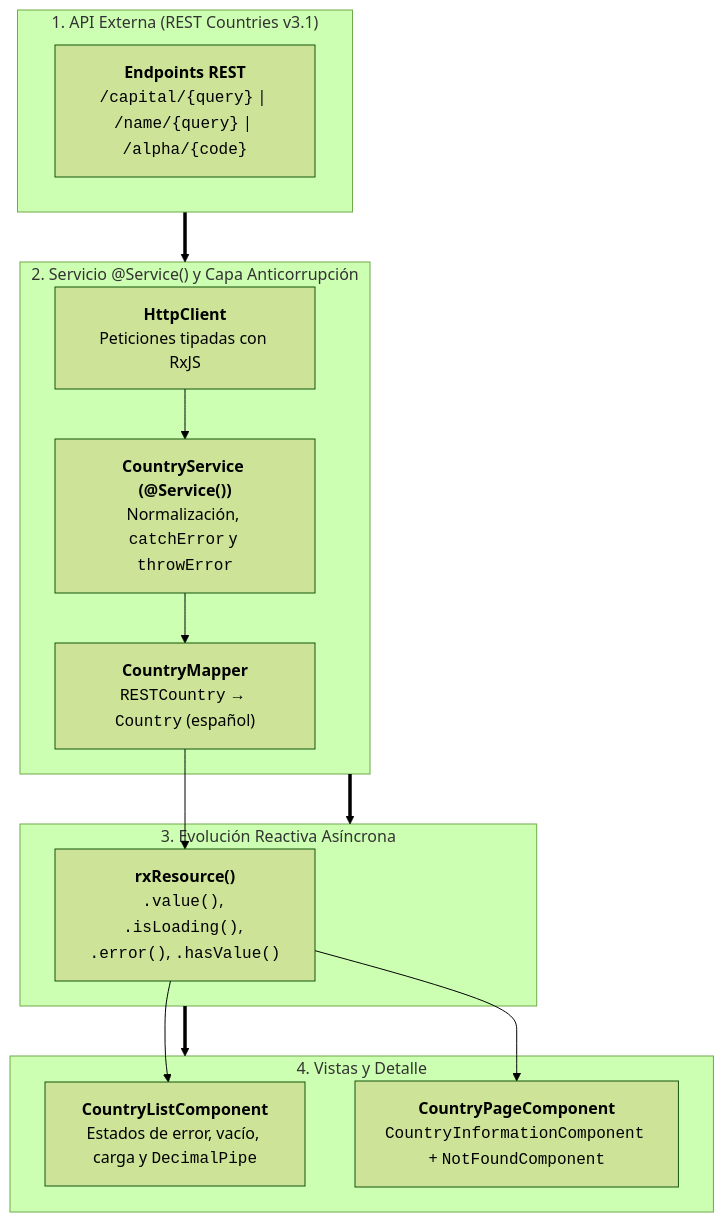
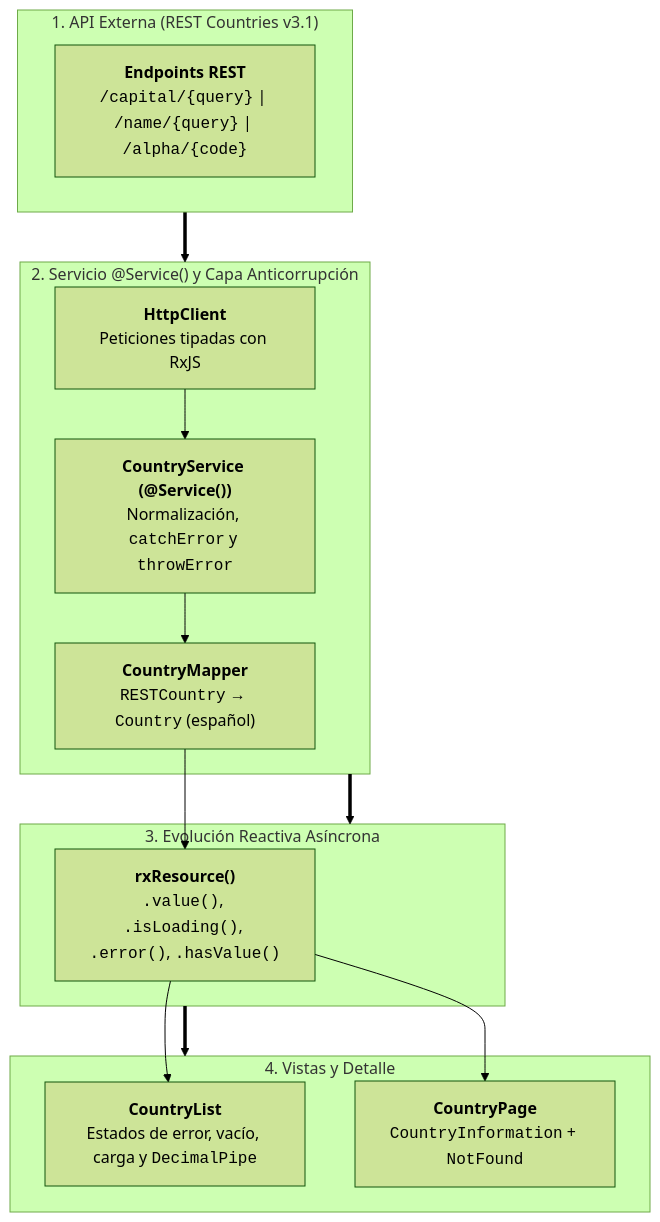
One commit to Jose-Quesada/materiales_angular changed the diagram in docs/10-country-funcionalidad.md. Above: the diagram before and after it, drawn with Mermaid (forest theme). The commit also changed other lines of this file and 67 other files, not shown here.

````diff
--- a/docs/10-country-funcionalidad.md
+++ b/docs/10-country-funcionalidad.md
@@ -23,22 +23,22 @@
 ``` mermaid
 flowchart TD
     subgraph CapaAPI ["1. API Externa (REST Countries v3.1)"]
         API["<b>Endpoints REST</b><br/><code>/capital/{query}</code> | <code>/name/{query}</code> | <code>/alpha/{code}</code>"]
     end
 
     subgraph CapaServicio ["2. Servicio @Service() y Capa Anticorrupción"]
         HTTP["<b>HttpClient</b><br/>Peticiones tipadas con RxJS"] --> Service["<b>CountryService (@Service())</b><br/>Normalización, <code>catchError</code> y <code>throwError</code>"]
         Service --> Mapper["<b>CountryMapper</b><br/><code>RESTCountry</code> &rarr; <code>Country</code> (español)"]
     end
 
     subgraph CapaReactiva ["3. Evolución Reactiva Asíncrona"]
         Mapper --> RxRes["<b>rxResource()</b><br/><code>.value()</code>, <code>.isLoading()</code>, <code>.error()</code>, <code>.hasValue()</code>"]
     end
 
     subgraph CapaPresentacion ["4. Vistas y Detalle"]
-        RxRes --> List["<b>CountryListComponent</b><br/>Estados de error, vacío, carga y <code>DecimalPipe</code>"]
-        RxRes --> Detail["<b>CountryPageComponent</b><br/><code>CountryInformationComponent</code> + <code>NotFoundComponent</code>"]
+        RxRes --> List["<b>CountryList</b><br/>Estados de error, vacío, carga y <code>DecimalPipe</code>"]
+        RxRes --> Detail["<b>CountryPage</b><br/><code>CountryInformation</code> + <code>NotFound</code>"]
     end
 
     CapaAPI ==> CapaServicio ==> CapaReactiva ==> CapaPresentacion
 ```
````
